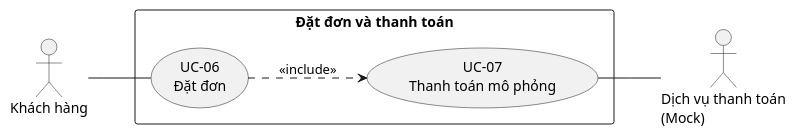
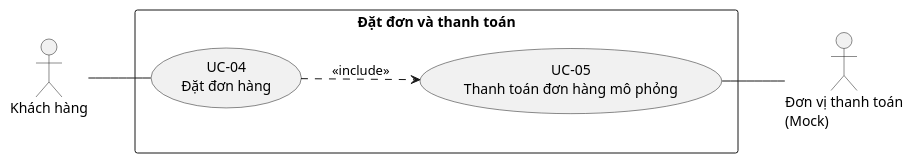
The diagram in docs/diagrams/use-case-checkout.puml (lmhau68/BrewLite2), drawn with PlantUML before and after one commit. The commit also changed 2 other files, not shown here.

```diff
--- a/docs/diagrams/use-case-checkout.puml
+++ b/docs/diagrams/use-case-checkout.puml
@@ -1,15 +1,16 @@
 @startuml use-case-checkout
 left to right direction
+skinparam nodesep 70
 
 actor "Khách hàng" as Customer
-actor "Dịch vụ thanh toán\n(Mock)" as MockPayment
+actor "Đơn vị thanh toán\n(Mock)" as MockPayment
 
 rectangle "Đặt đơn và thanh toán" {
-  usecase "UC-06\nĐặt đơn" as PlaceOrder
-  usecase "UC-07\nThanh toán mô phỏng" as Payment
+  usecase "UC-04\nĐặt đơn hàng" as PlaceOrder
+  usecase "UC-05\nThanh toán đơn hàng mô phỏng" as Payment
 }
 
 Customer -- PlaceOrder
 Payment -- MockPayment
 PlaceOrder ..> Payment : <<include>>
 @enduml
```
